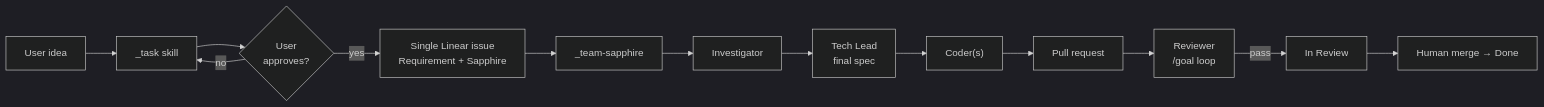
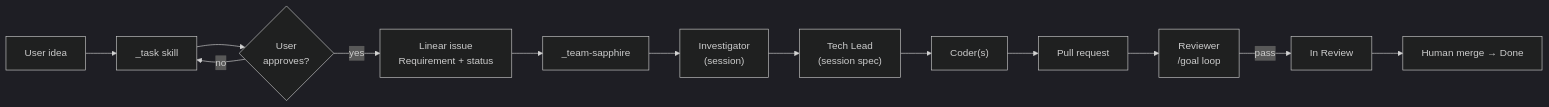
The diagram in .cursor/skills/_team-sapphire/WORKFLOW.md (masumi-network/sokosumi), drawn with Mermaid (dark theme) before and after one commit. The commit also changed other lines of this file and 12 other files, not shown here.

Commit message:
refactor(cursor): keep sapphire investigation and spec in session

````diff
--- a/.cursor/skills/_team-sapphire/WORKFLOW.md
+++ b/.cursor/skills/_team-sapphire/WORKFLOW.md
@@ -5,15 +5,15 @@
 ```mermaid
 flowchart LR
   user["User idea"] --> task["_task skill"]
   task --> approve{"User\napproves?"}
-  approve -->|yes| issue["Single Linear issue\nRequirement + Sapphire"]
+  approve -->|yes| issue["Linear issue\nRequirement + status"]
   approve -->|no| task
   issue --> sapphire["_team-sapphire"]
-  sapphire --> inv["Investigator"]
-  inv --> lead["Tech Lead\nfinal spec"]
+  sapphire --> inv["Investigator\n(session)"]
+  inv --> lead["Tech Lead\n(session spec)"]
   lead --> code["Coder(s)"]
   code --> pr["Pull request"]
   pr --> rev["Reviewer\n/goal loop"]
   rev -->|pass| review["In Review"]
   review --> human["Human merge → Done"]
 ```
````
